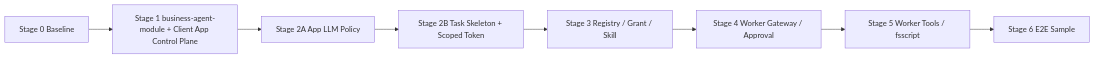
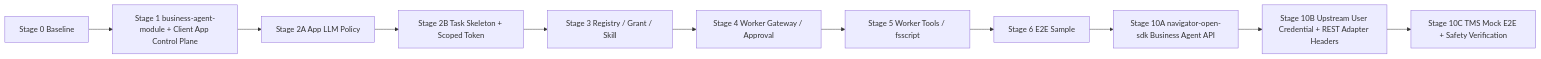
One commit to foggy-projects/Foggy-Navigator changed the diagram in docs/version-tracker/1.1.3-SNAPSHOT/08-implementation-plan.md. Above: the diagram before and after it, drawn with Mermaid. The commit also changed other lines of this file and 37 other files, not shown here.

Commit message:
feat(sdk): add business agent control plane api

````diff
--- a/docs/version-tracker/1.1.3-SNAPSHOT/08-implementation-plan.md
+++ b/docs/version-tracker/1.1.3-SNAPSHOT/08-implementation-plan.md
@@ -44,10 +44,13 @@
 ```mermaid
 flowchart LR
     S0[Stage 0 Baseline] --> S1[Stage 1 business-agent-module + Client App Control Plane]
     S1 --> S2A[Stage 2A App LLM Policy]
     S2A --> S2B[Stage 2B Task Skeleton + Scoped Token]
     S2B --> S3[Stage 3 Registry / Grant / Skill]
     S3 --> S4[Stage 4 Worker Gateway / Approval]
     S4 --> S5[Stage 5 Worker Tools / fsscript]
     S5 --> S6[Stage 6 E2E Sample]
+    S6 --> S10A[Stage 10A navigator-open-sdk Business Agent API]
+    S10A --> S10B[Stage 10B Upstream User Credential + REST Adapter Headers]
+    S10B --> S10C[Stage 10C TMS Mock E2E + Safety Verification]
 ```
````
